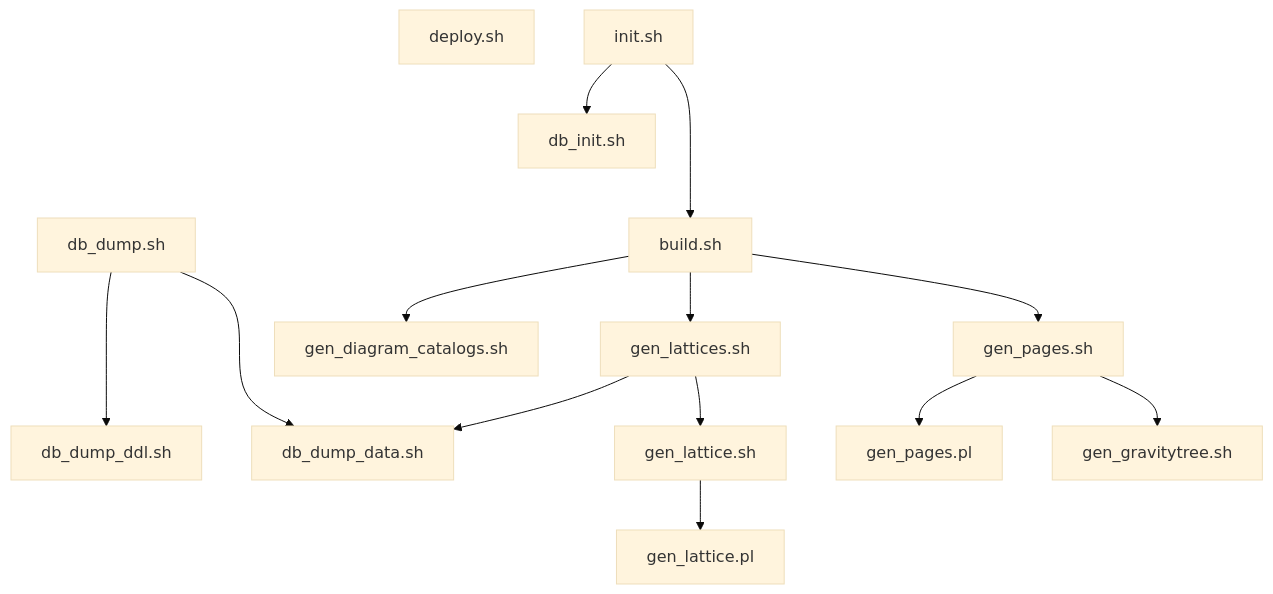
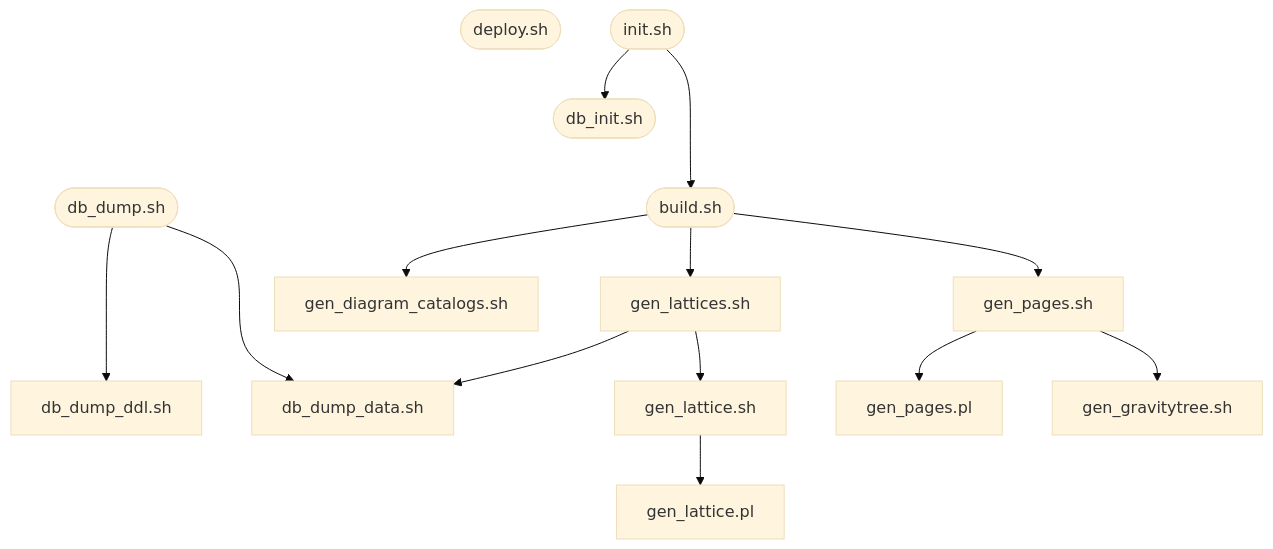
The second of 4 diagrams in README.md (pupitetris/Exploratorium), drawn with Mermaid (base theme) before and after one commit. The commit also changed other lines of this file, not shown here.

````diff
--- a/README.md
+++ b/README.md
@@ -219,16 +219,16 @@
 ```mermaid
 flowchart TD
-    deploy.sh
-    init.sh --> db_init.sh
-    init.sh ---> build.sh
+    deploy.sh([deploy.sh])
+    init.sh([init.sh]) --> db_init.sh([db_init.sh])
+    init.sh ---> build.sh([build.sh])
     build.sh --> gen_lattices.sh
     build.sh --> gen_pages.sh
     build.sh --> gen_diagram_catalogs.sh
-    db_dump.sh ---> db_dump_ddl.sh
+    db_dump.sh([db_dump.sh]) ---> db_dump_ddl.sh
     db_dump.sh ---> db_dump_data.sh
     gen_lattice.sh --> gen_lattice.pl
     gen_lattices.sh --> db_dump_data.sh
     gen_lattices.sh --> gen_lattice.sh
     gen_pages.sh --> gen_pages.pl
     gen_pages.sh --> gen_gravitytree.sh
 ```
````
